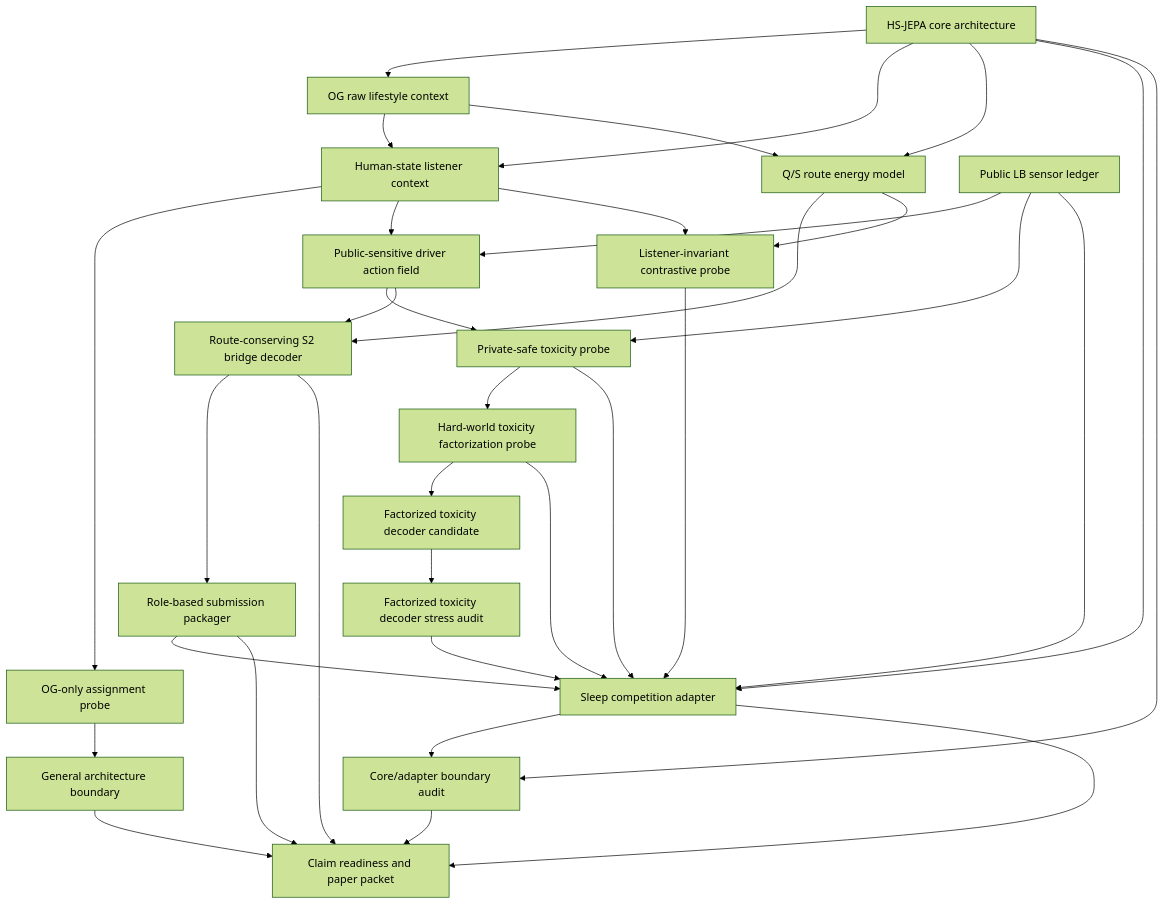
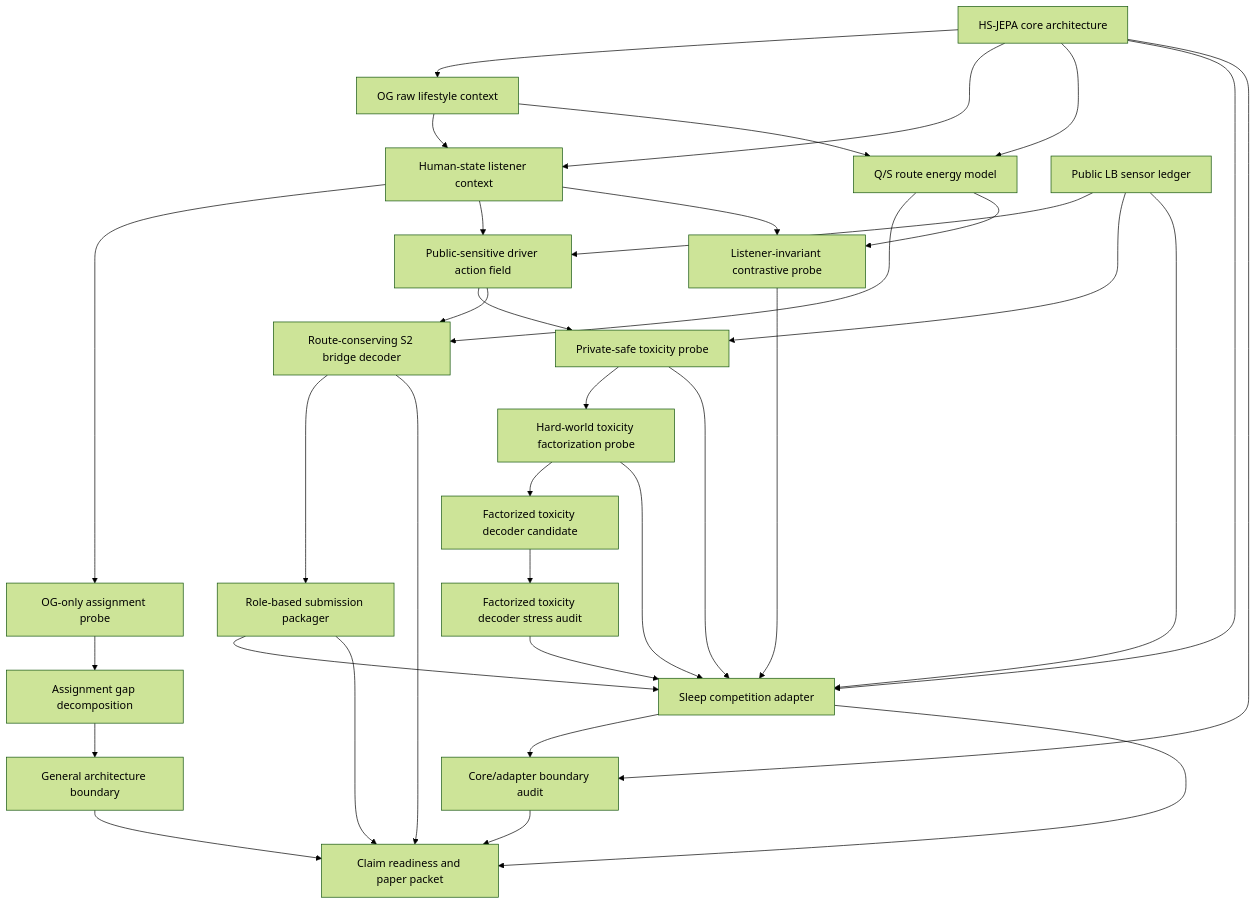
The diagram in team_hsjepa_end_to_end/outputs/route_conserving_s2_bridge/hsjepa_pipeline_manifest_ko.md (kbsooo/etri), drawn with Mermaid (forest theme) before and after one commit. The commit also changed other lines of this file and 31 other files, not shown here.

Commit message:
feat(hsjepa): decompose assignment row support gap

````diff
--- a/team_hsjepa_end_to_end/outputs/route_conserving_s2_bridge/hsjepa_pipeline_manifest_ko.md
+++ b/team_hsjepa_end_to_end/outputs/route_conserving_s2_bridge/hsjepa_pipeline_manifest_ko.md
@@ -13,36 +13,37 @@
 ```mermaid
 flowchart TD
     CORE["HS-JEPA core architecture"] --> A["OG raw lifestyle context"]
     CORE --> C["Human-state listener context"]
     CORE --> D["Q/S route energy model"]
     A["OG raw lifestyle context"] --> C["Human-state listener context"]
     A --> D["Q/S route energy model"]
     C --> P1["OG-only assignment probe"]
-    P1 --> GEN["General architecture boundary"]
+    P1 --> GAP["Assignment gap decomposition"]
+    GAP --> GEN["General architecture boundary"]
     B["Public LB sensor ledger"] --> E["Public-sensitive driver action field"]
     C --> E
     D --> F["Route-conserving S2 bridge decoder"]
     C --> P2["Listener-invariant contrastive probe"]
     D --> P2
     B --> P3["Private-safe toxicity probe"]
     E --> P3
     P3 --> P4["Hard-world toxicity factorization probe"]
     P4 --> P5["Factorized toxicity decoder candidate"]
     P5 --> P6["Factorized toxicity decoder stress audit"]
     E --> F
     F --> G["Role-based submission packager"]
     G --> ADAPT["Sleep competition adapter"]
     CORE --> ADAPT
     B --> ADAPT
     P2 --> ADAPT
     P3 --> ADAPT
     P4 --> ADAPT
     P6 --> ADAPT
     ADAPT --> BAUD["Core/adapter boundary audit"]
     CORE --> BAUD
     GEN --> H["Claim readiness and paper packet"]
     BAUD --> H
     ADAPT --> H["Claim readiness and paper packet"]
     G --> H["Claim readiness and paper packet"]
     F --> H
 ```
````
